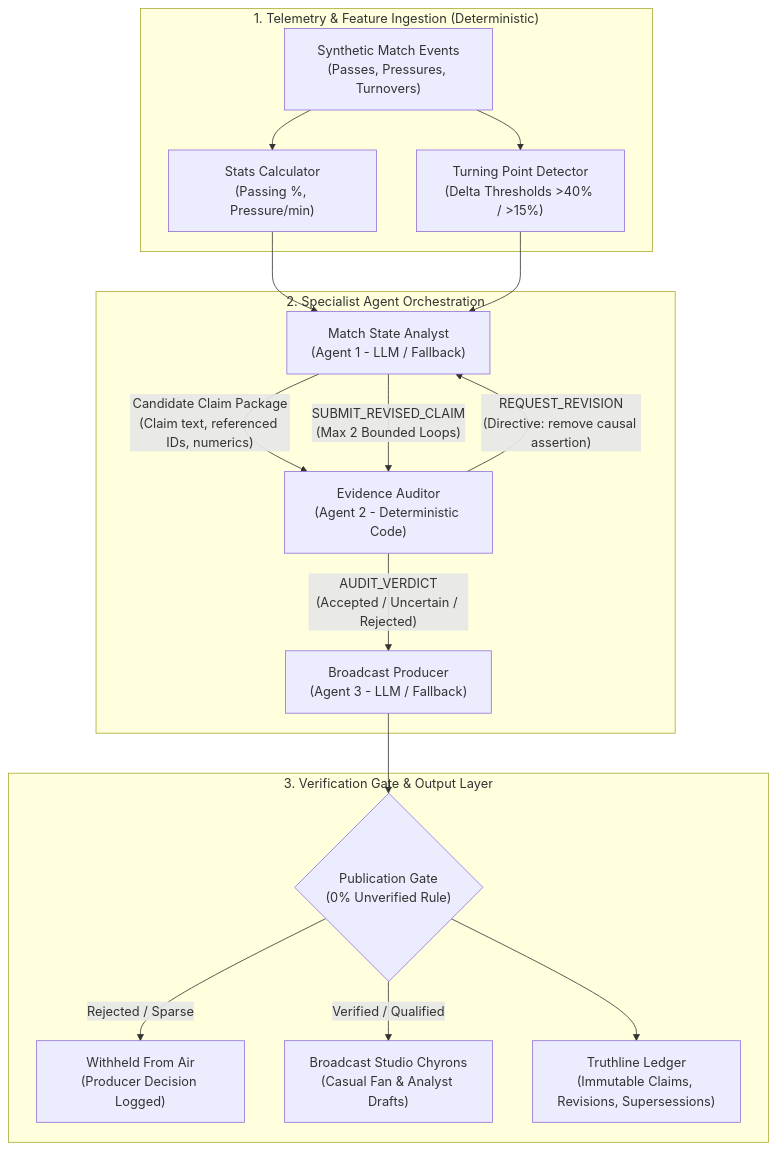
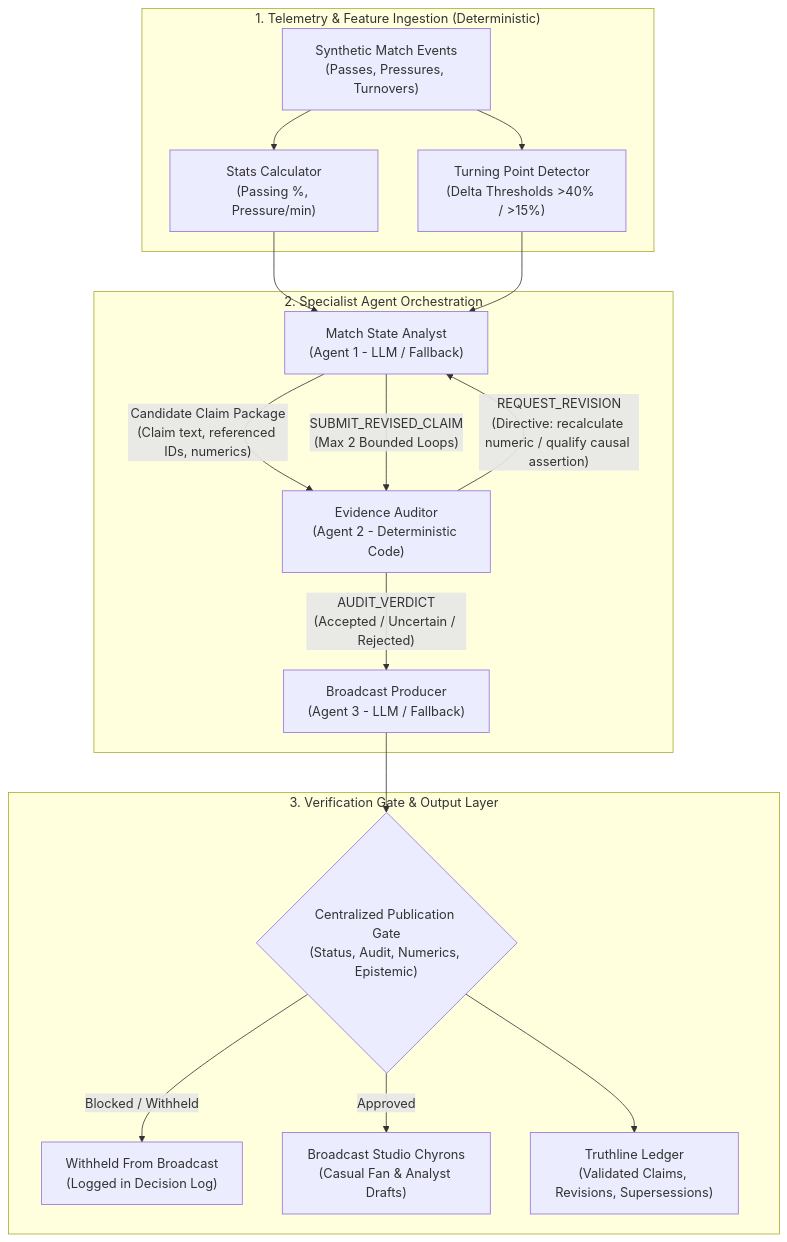
Before and after one commit to red-coder-27/proofline-fc: the first of 3 diagrams in docs/ARCHITECTURE.md, drawn with Mermaid. The commit also changed other lines of this file and 33 other files, not shown here.

````diff
--- a/docs/ARCHITECTURE.md
+++ b/docs/ARCHITECTURE.md
@@ -16,25 +16,25 @@
 ```mermaid
 flowchart TD
     subgraph Layer1["1. Telemetry & Feature Ingestion (Deterministic)"]
         RawEvents["Synthetic Match Events<br/>(Passes, Pressures, Turnovers)"] --> StatsCalc["Stats Calculator<br/>(Passing %, Pressure/min)"]
         RawEvents --> TPDetect["Turning Point Detector<br/>(Delta Thresholds >40% / >15%)"]
     end
 
     subgraph Layer2["2. Specialist Agent Orchestration"]
         StatsCalc --> Analyst["Match State Analyst<br/>(Agent 1 - LLM / Fallback)"]
         TPDetect --> Analyst
         Analyst -->|"Candidate Claim Package<br/>(Claim text, referenced IDs, numerics)"| Auditor["Evidence Auditor<br/>(Agent 2 - Deterministic Code)"]
 
-        Auditor -->|"REQUEST_REVISION<br/>(Directive: remove causal assertion)"| Analyst
+        Auditor -->|"REQUEST_REVISION<br/>(Directive: recalculate numeric / qualify causal assertion)"| Analyst
         Analyst -->|"SUBMIT_REVISED_CLAIM<br/>(Max 2 Bounded Loops)"| Auditor
 
         Auditor -->|"AUDIT_VERDICT<br/>(Accepted / Uncertain / Rejected)"| Producer["Broadcast Producer<br/>(Agent 3 - LLM / Fallback)"]
     end
 
     subgraph Layer3["3. Verification Gate & Output Layer"]
-        Producer --> Gate{"Publication Gate<br/>(0% Unverified Rule)"}
-        Gate -->|"Rejected / Sparse"| Withheld["Withheld From Air<br/>(Producer Decision Logged)"]
-        Gate -->|"Verified / Qualified"| Broadcast["Broadcast Studio Chyrons<br/>(Casual Fan & Analyst Drafts)"]
-        Gate --> Ledger["Truthline Ledger<br/>(Immutable Claims, Revisions, Supersessions)"]
+        Producer --> Gate{"Centralized Publication Gate<br/>(Status, Audit, Numerics, Epistemic)"}
+        Gate -->|"Blocked / Withheld"| Withheld["Withheld From Broadcast<br/>(Logged in Decision Log)"]
+        Gate -->|"Approved"| Broadcast["Broadcast Studio Chyrons<br/>(Casual Fan & Analyst Drafts)"]
+        Gate --> Ledger["Truthline Ledger<br/>(Validated Claims, Revisions, Supersessions)"]
     end
 ```
````
